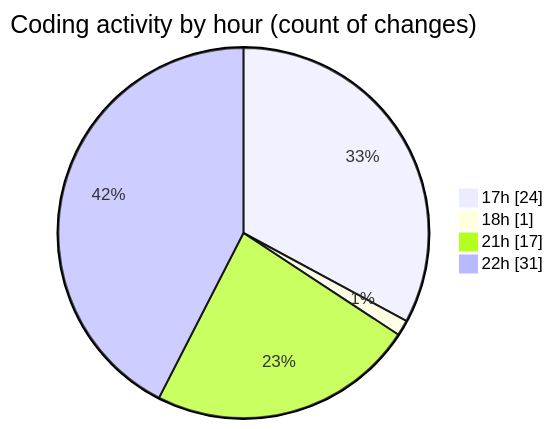
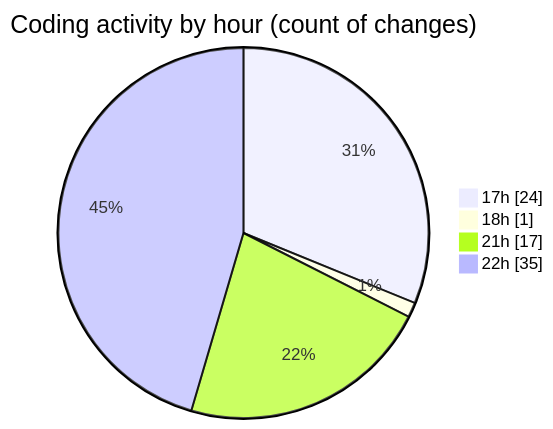
One commit to EIIisD/code-tracking changed the second of 2 diagrams in 2025-07-13/tampermonkey/README.md. Above: the diagram before and after it, drawn with Mermaid. The commit also changed other lines of this file and 1 other file, not shown here.

````diff
--- a/2025-07-13/tampermonkey/README.md
+++ b/2025-07-13/tampermonkey/README.md
@@ -44,8 +44,8 @@
 ```mermaid
 pie showData
 title Coding activity by hour (count of changes)
 "17h" : 24
 "18h" : 1
 "21h" : 17
-"22h" : 31
+"22h" : 35
 ```
````
